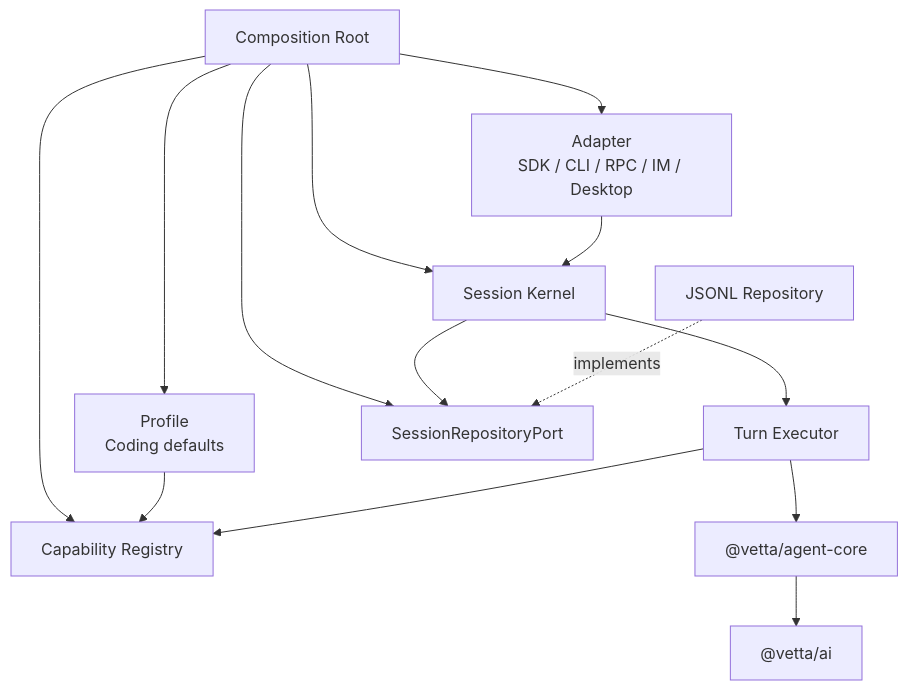
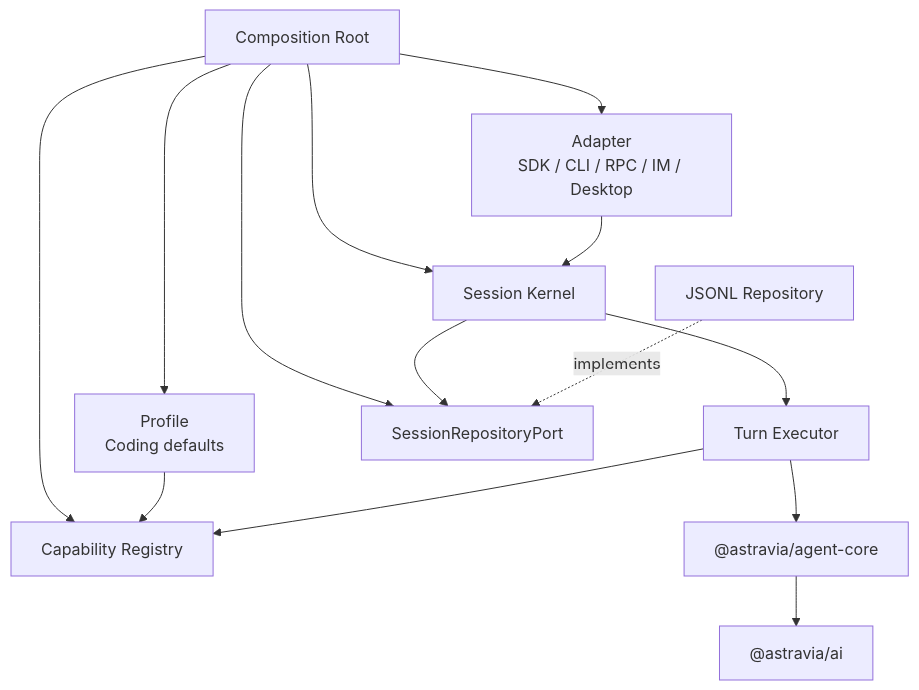
Before and after one commit to Leviathangk/open-astravia: the diagram in docs/agent/coding-agent/03-kernel-capability-refactoring-solution.md, drawn with Mermaid. The commit also changed other lines of this file and 5930 other files, not shown here.

````diff
--- a/docs/agent/coding-agent/03-kernel-capability-refactoring-solution.md
+++ b/docs/agent/coding-agent/03-kernel-capability-refactoring-solution.md
@@ -37,27 +37,27 @@
 ```mermaid
 flowchart TB
     Root["Composition Root"]
     Adapter["Adapter<br/>SDK / CLI / RPC / IM / Desktop"]
     Profile["Profile<br/>Coding defaults"]
     Registry["Capability Registry"]
     Kernel["Session Kernel"]
     Turn["Turn Executor"]
-    Agent["@vetta/agent-core"]
-    AI["@vetta/ai"]
+    Agent["@astravia/agent-core"]
+    AI["@astravia/ai"]
     Repo["SessionRepositoryPort"]
     Infra["JSONL Repository"]
 
     Root --> Adapter
     Root --> Profile
     Root --> Registry
     Root --> Kernel
     Root --> Repo
     Adapter --> Kernel
     Profile --> Registry
     Kernel --> Turn
     Kernel --> Repo
     Turn --> Registry
     Turn --> Agent
     Agent --> AI
     Infra -. "implements" .-> Repo
 ```
````
